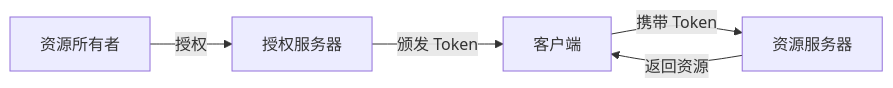
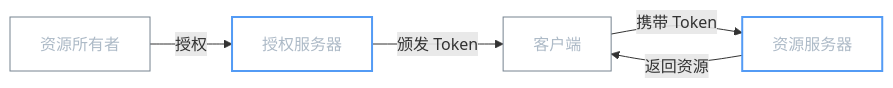
Before and after one commit to luguosong/programming-notes: the diagram in docs/topic/oauth/core-concepts/index.md, drawn with Mermaid. The commit also changed 8 other files, not shown here.

First line of the commit message:
style: Mermaid 浅/深色模式适配，更新 Docker/OAuth 文档，新增发音练习

````diff
--- a/docs/topic/oauth/core-concepts/index.md
+++ b/docs/topic/oauth/core-concepts/index.md
@@ -22,7 +22,11 @@
 ``` mermaid
 graph LR
     RO[资源所有者] -->|授权| AS[授权服务器]
     AS -->|颁发 Token| Client[客户端]
     Client -->|携带 Token| RS[资源服务器]
     RS -->|返回资源| Client
+    classDef role fill:transparent,stroke:#768390,color:#adbac7,stroke-width:1px
+    classDef server fill:transparent,stroke:#539bf5,color:#adbac7,stroke-width:2px
+    class RO,Client role
+    class AS,RS server
 ```
````
